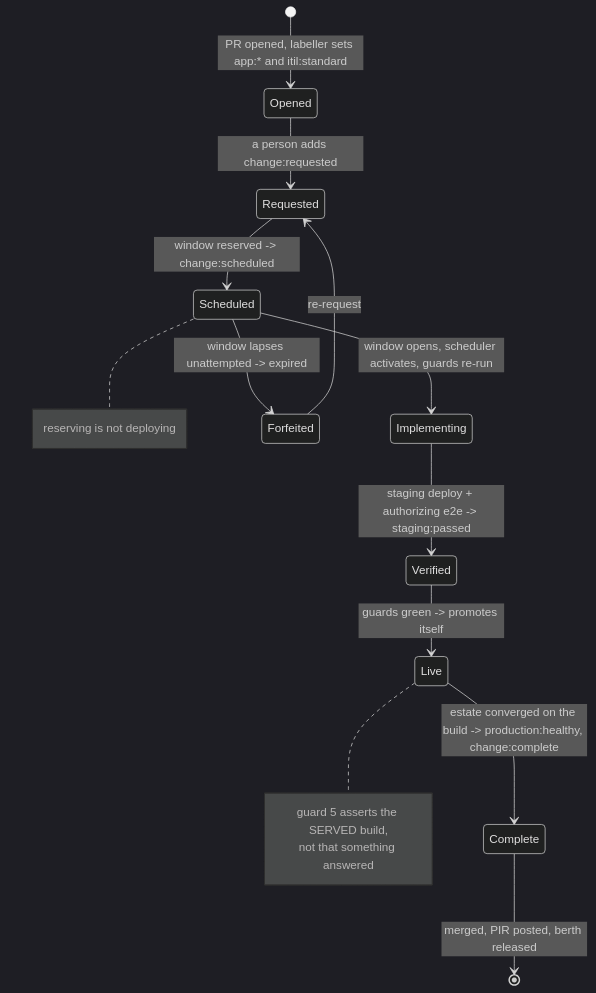
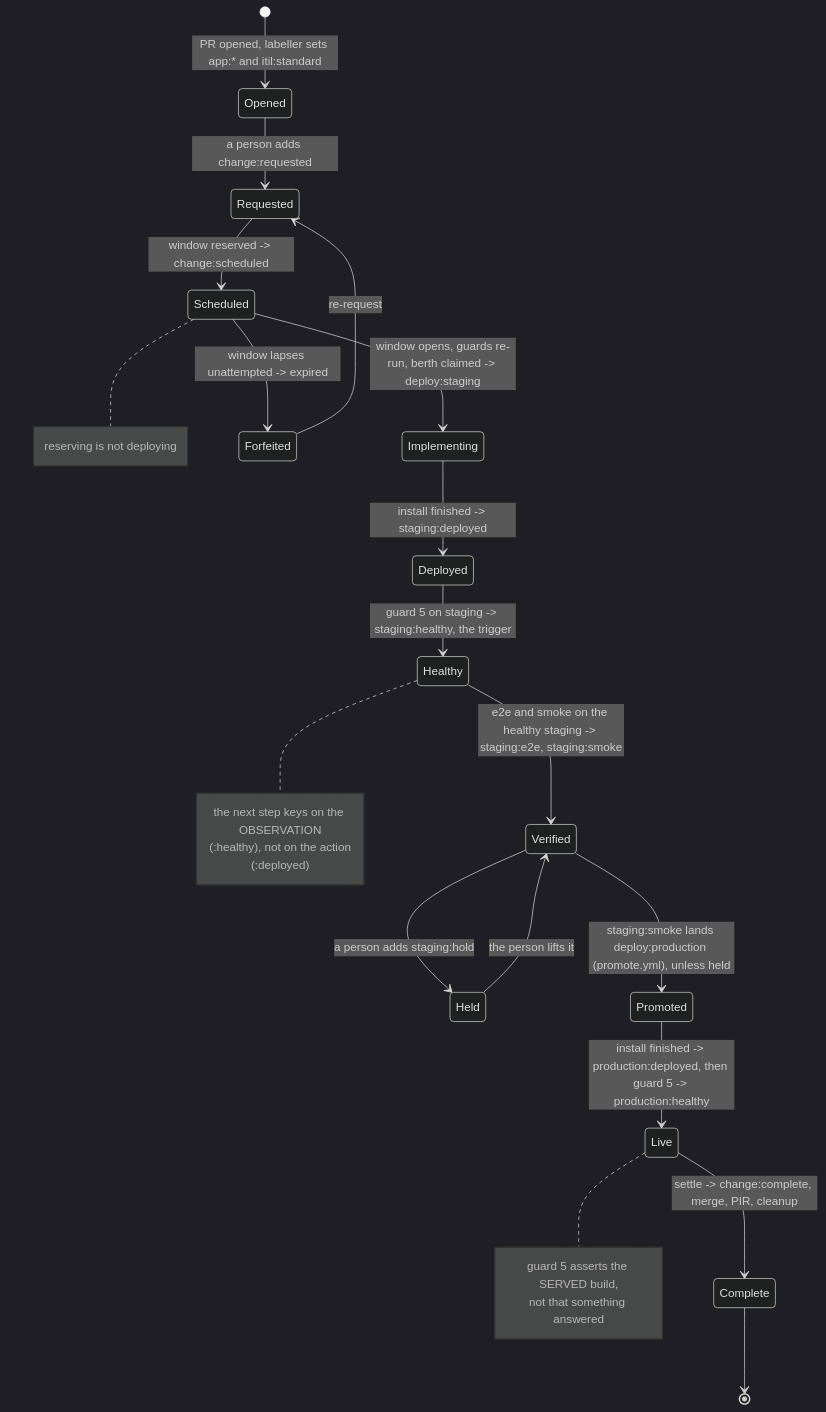
One commit to aygp-dr/standard-change changed the first of 6 diagrams in README.org. Above: the diagram before and after it, drawn with Mermaid (dark theme). The commit also changed other lines of this file and 11 other files, not shown here.

```diff
--- a/README.org
+++ b/README.org
@@ -48,22 +48,32 @@
 #+begin_src mermaid :eval never-export
 stateDiagram-v2
     direction TB
     [*] --> Opened: PR opened, labeller sets app:* and itil:standard
     Opened --> Requested: a person adds change:requested
     Requested --> Scheduled: window reserved -> change:scheduled
-    Scheduled --> Implementing: window opens, scheduler activates, guards re-run
+    Scheduled --> Implementing: window opens, guards re-run, berth claimed -> deploy:staging
     Scheduled --> Forfeited: window lapses unattempted -> expired
-    Implementing --> Verified: staging deploy + authorizing e2e -> staging:passed
-    Verified --> Live: guards green -> promotes itself
-    Live --> Complete: estate converged on the build -> production:healthy, change:complete
-    Complete --> [*]: merged, PIR posted, berth released
+    Implementing --> Deployed: install finished -> staging:deployed
+    Deployed --> Healthy: guard 5 on staging -> staging:healthy, the trigger
+    Healthy --> Verified: e2e and smoke on the healthy staging -> staging:e2e, staging:smoke
+    Verified --> Held: a person adds staging:hold
+    Held --> Verified: the person lifts it
+    Verified --> Promoted: staging:smoke lands deploy:production (promote.yml), unless held
+    Promoted --> Live: install finished -> production:deployed, then guard 5 -> production:healthy
+    Live --> Complete: settle -> change:complete, merge, PIR, cleanup
+    Complete --> [*]
     Forfeited --> Requested: re-request
 
     note right of Scheduled
         reserving is not deploying
+    end note
+    note right of Healthy
+        the next step keys on the OBSERVATION
+        (<env>:healthy), not on the action
+        (<env>:deployed)
     end note
     note right of Live
         guard 5 asserts the SERVED build,
         not that something answered
     end note
 #+end_src
```
